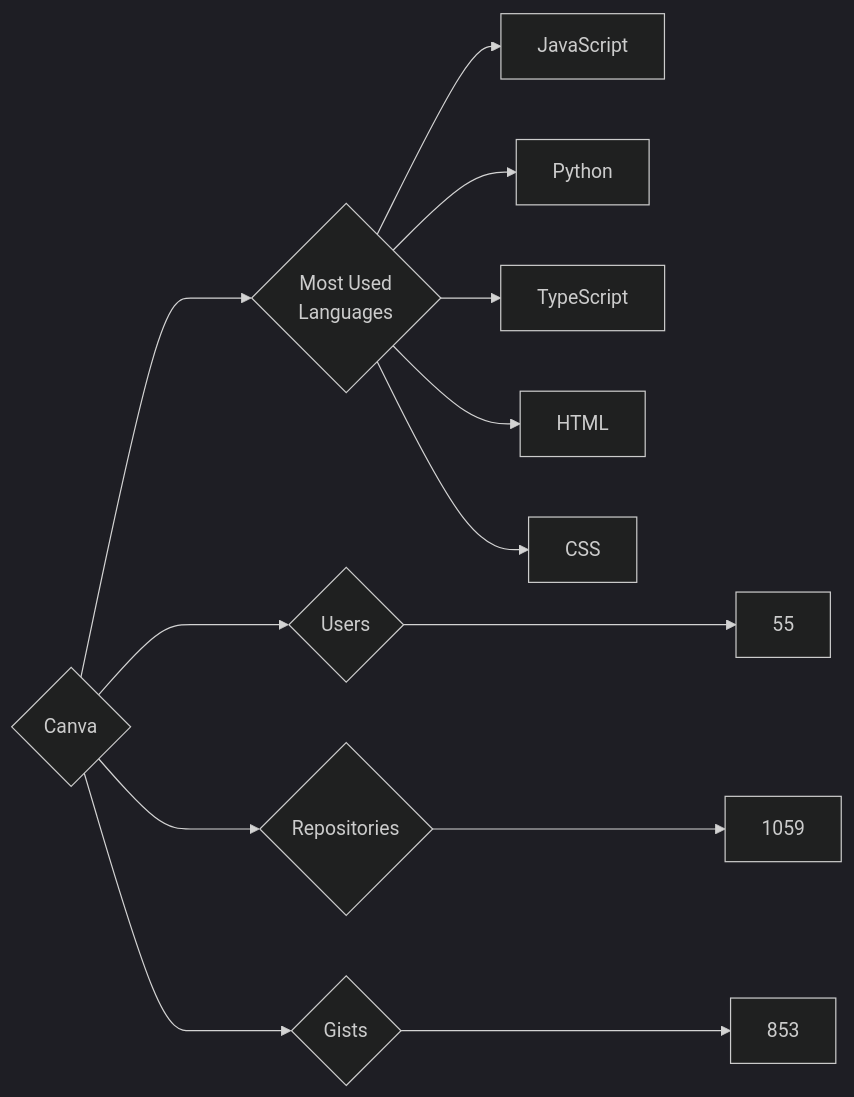
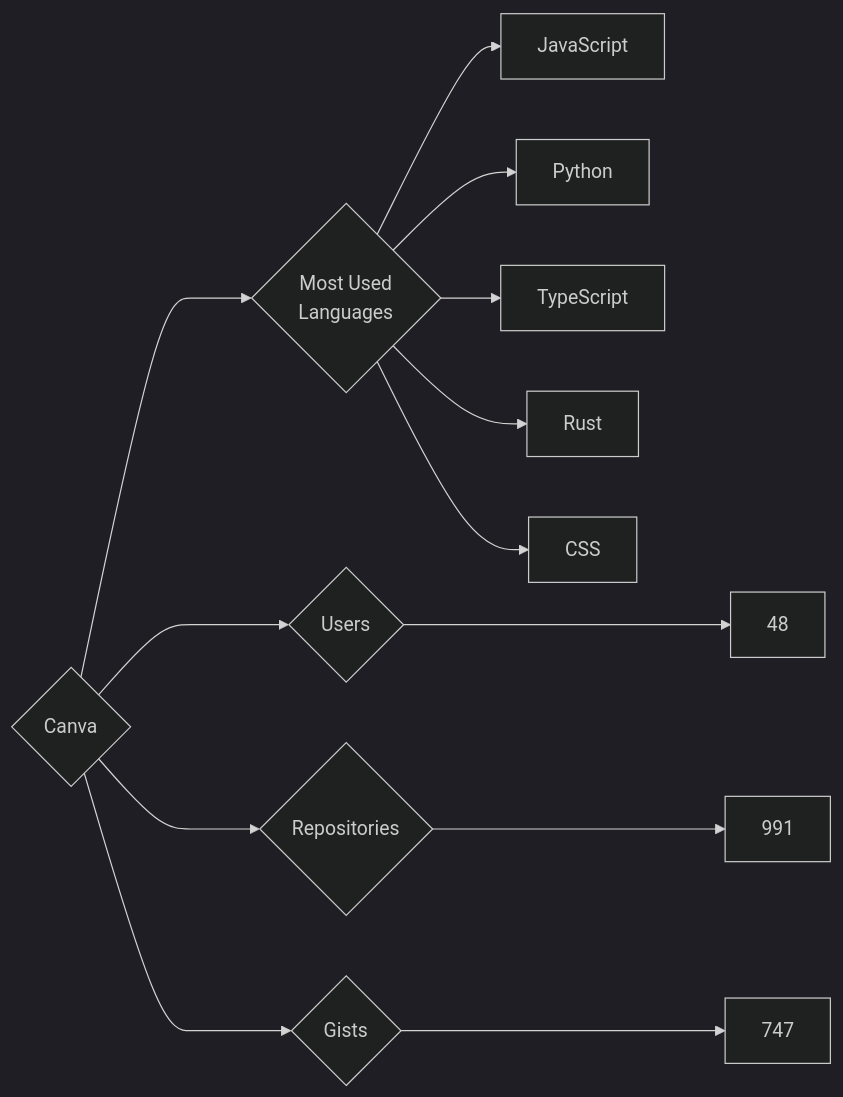
Before and after one commit to trickest/insiders: the diagram in targets/Canva/README.md, drawn with Mermaid (dark theme). The commit also changed 874 other files, not shown here.

````diff
--- a/targets/Canva/README.md
+++ b/targets/Canva/README.md
@@ -3,13 +3,13 @@
 ```mermaid
 graph LR
 COMPANY_NAME{Canva}
-COMPANY_NAME ---> U{Users} ---> UN[55]
-COMPANY_NAME ---> R{Repositories} ---> RN[1059]
-COMPANY_NAME ---> G{Gists} ---> GN[853]
+COMPANY_NAME ---> U{Users} ---> UN[48]
+COMPANY_NAME ---> R{Repositories} ---> RN[991]
+COMPANY_NAME ---> G{Gists} ---> GN[747]
 COMPANY_NAME ---> ML{Most Used<br>Languages}
 ML --> JavaScript[JavaScript]
 ML --> Python[Python]
 ML --> TypeScript[TypeScript]
-ML --> HTML[HTML]
+ML --> Rust[Rust]
 ML --> CSS[CSS]
 ```
````
